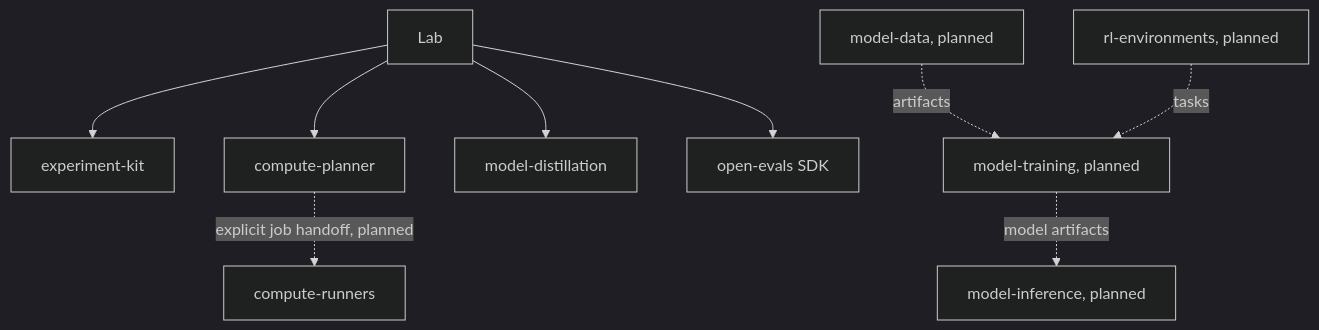
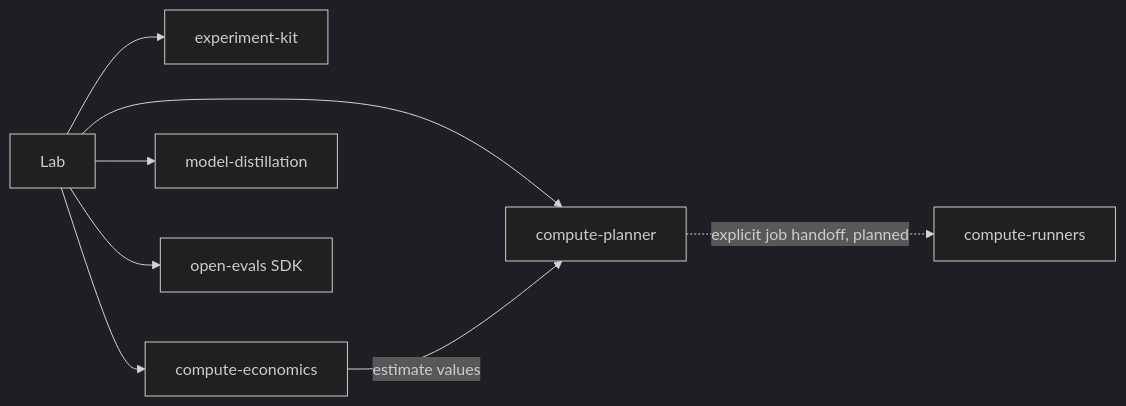
One commit to alvarovillalbaa/lab changed the diagram in docs/ARCHITECTURE.md. Above: the diagram before and after it, drawn with Mermaid (dark theme). The commit also changed other lines of this file and 12 other files, not shown here.

````diff
--- a/docs/ARCHITECTURE.md
+++ b/docs/ARCHITECTURE.md
@@ -8,11 +23,10 @@
 ```mermaid
-flowchart TD
-  Lab --> Experiments[experiment-kit]
+flowchart LR
+  Lab --> Records[experiment-kit]
+  Lab --> Economics[compute-economics]
   Lab --> Planning[compute-planner]
   Lab --> Distillation[model-distillation]
   Lab --> Evals[open-evals SDK]
+  Economics -->|estimate values| Planning
   Planning -. explicit job handoff, planned .-> Runners[compute-runners]
-  Data[model-data, planned] -. artifacts .-> Training[model-training, planned]
-  Training -. model artifacts .-> Inference[model-inference, planned]
-  Environments[rl-environments, planned] -. tasks .-> Training
 ```
````
